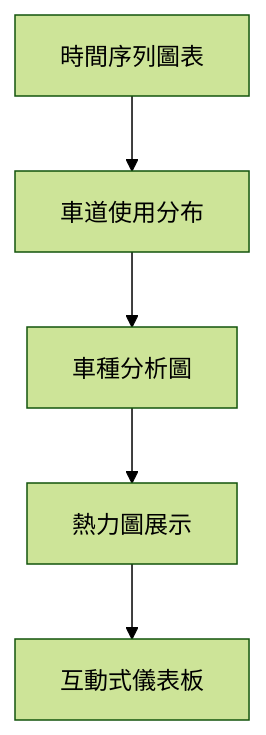
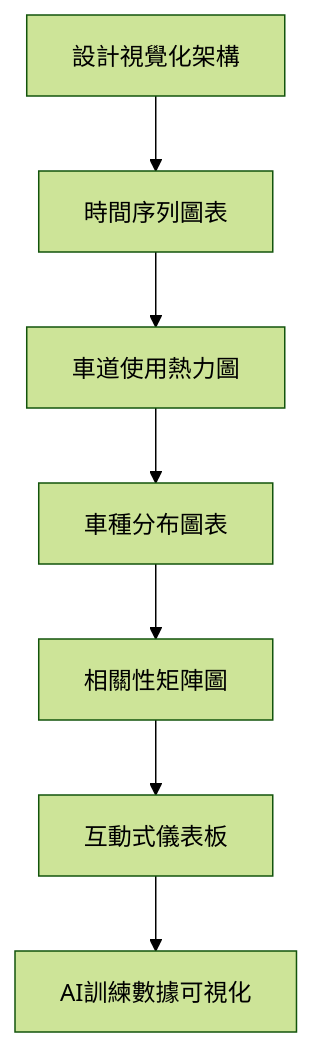
Before and after one commit to qrere-Ya/traffic_project_roadmap: the fifth of 6 diagrams in README.md, drawn with Mermaid (forest theme). The commit also changed other lines of this file, not shown here.

````diff
--- a/README.md
+++ b/README.md
@@ -131,7 +155,9 @@
 ```mermaid
 graph TD
-    AA[時間序列圖表] --> BB[車道使用分布]
-    BB --> CC[車種分析圖]
-    CC --> DD[熱力圖展示]
-    DD --> EE[互動式儀表板]
+    CC[設計視覺化架構] --> DD[時間序列圖表]
+    DD --> EE[車道使用熱力圖]
+    EE --> FF[車種分布圖表]
+    FF --> GG[相關性矩陣圖]
+    GG --> HH[互動式儀表板]
+    HH --> II[AI訓練數據可視化]
 ```
````
